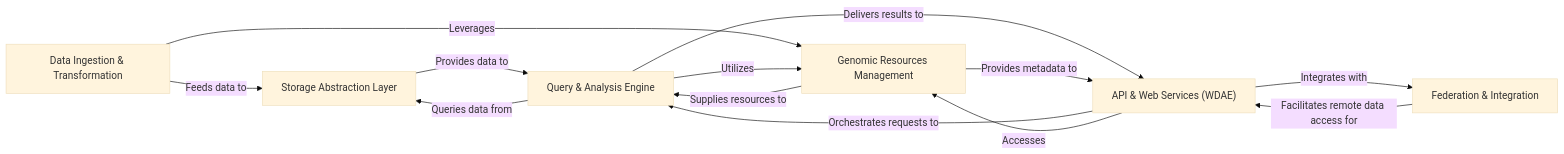
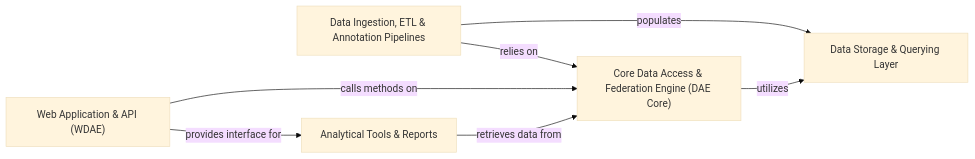
Before and after one commit to CodeBoarding/GeneratedOnBoardings: the diagram in gpf/on_boarding.md, drawn with Mermaid (base theme). The commit also changed other lines of this file, not shown here.

````diff
--- a/gpf/on_boarding.md
+++ b/gpf/on_boarding.md
@@ -1,21 +1,14 @@
 ```mermaid
 graph LR
-    Data_Ingestion_Transformation["Data Ingestion & Transformation"]
-    Storage_Abstraction_Layer["Storage Abstraction Layer"]
-    Query_Analysis_Engine["Query & Analysis Engine"]
-    Genomic_Resources_Management["Genomic Resources Management"]
-    API_Web_Services_WDAE_["API & Web Services (WDAE)"]
-    Federation_Integration["Federation & Integration"]
-    Data_Ingestion_Transformation -- "Feeds data to" --> Storage_Abstraction_Layer
-    Data_Ingestion_Transformation -- "Leverages" --> Genomic_Resources_Management
-    Storage_Abstraction_Layer -- "Provides data to" --> Query_Analysis_Engine
-    Query_Analysis_Engine -- "Queries data from" --> Storage_Abstraction_Layer
-    Query_Analysis_Engine -- "Utilizes" --> Genomic_Resources_Management
-    Query_Analysis_Engine -- "Delivers results to" --> API_Web_Services_WDAE_
-    Genomic_Resources_Management -- "Supplies resources to" --> Query_Analysis_Engine
-    Genomic_Resources_Management -- "Provides metadata to" --> API_Web_Services_WDAE_
-    API_Web_Services_WDAE_ -- "Orchestrates requests to" --> Query_Analysis_Engine
-    API_Web_Services_WDAE_ -- "Accesses" --> Genomic_Resources_Management
-    API_Web_Services_WDAE_ -- "Integrates with" --> Federation_Integration
-    Federation_Integration -- "Facilitates remote data access for" --> API_Web_Services_WDAE_
+    Core_Data_Access_Federation_Engine_DAE_Core_["Core Data Access & Federation Engine (DAE Core)"]
+    Data_Storage_Querying_Layer["Data Storage & Querying Layer"]
+    Data_Ingestion_ETL_Annotation_Pipelines["Data Ingestion, ETL & Annotation Pipelines"]
+    Web_Application_API_WDAE_["Web Application & API (WDAE)"]
+    Analytical_Tools_Reports["Analytical Tools & Reports"]
+    Web_Application_API_WDAE_ -- "calls methods on" --> Core_Data_Access_Federation_Engine_DAE_Core_
+    Core_Data_Access_Federation_Engine_DAE_Core_ -- "utilizes" --> Data_Storage_Querying_Layer
+    Data_Ingestion_ETL_Annotation_Pipelines -- "populates" --> Data_Storage_Querying_Layer
+    Data_Ingestion_ETL_Annotation_Pipelines -- "relies on" --> Core_Data_Access_Federation_Engine_DAE_Core_
+    Web_Application_API_WDAE_ -- "provides interface for" --> Analytical_Tools_Reports
+    Analytical_Tools_Reports -- "retrieves data from" --> Core_Data_Access_Federation_Engine_DAE_Core_
 ```
````
